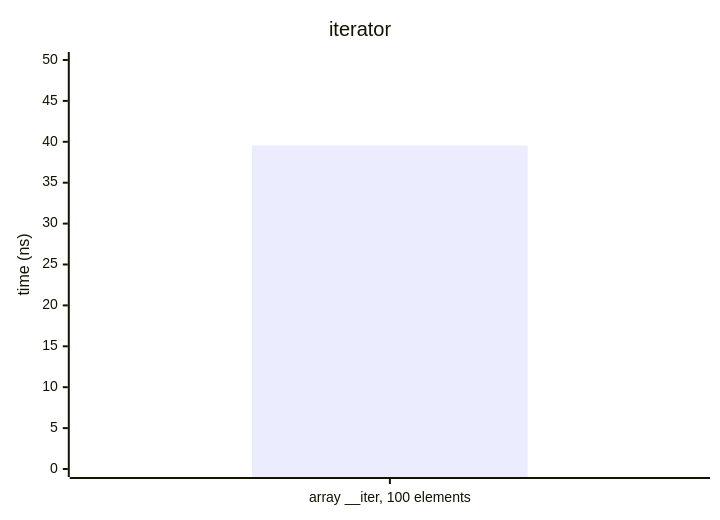
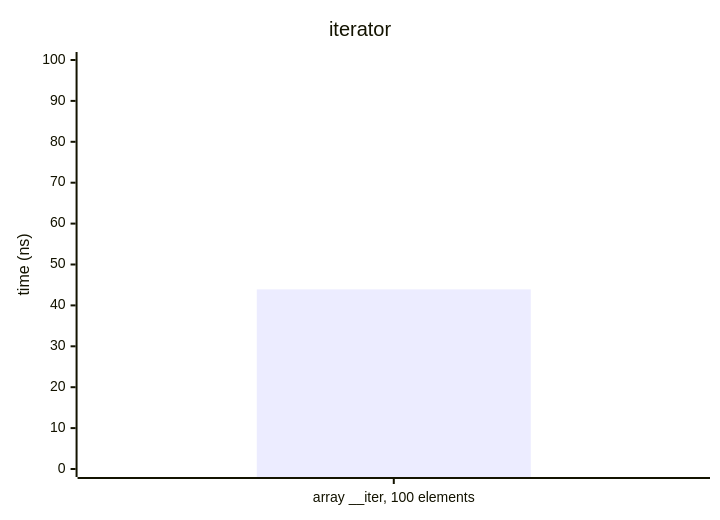
Before and after one commit to DreamWeave-MP/l3i: the sixth of 8 diagrams in BENCHMARKS.md, drawn with Mermaid. The commit also changed other lines of this file and 2 other files, not shown here.

````diff
--- a/BENCHMARKS.md
+++ b/BENCHMARKS.md
@@ -111,7 +111,7 @@
 ```mermaid
 xychart-beta
     title "iterator"
     x-axis ["array __iter, 100 elements"]
-    y-axis "time (ns)" 0 --> 50.00
-    bar [39.55]
+    y-axis "time (ns)" 0 --> 100.00
+    bar [43.92]
 ```
````
